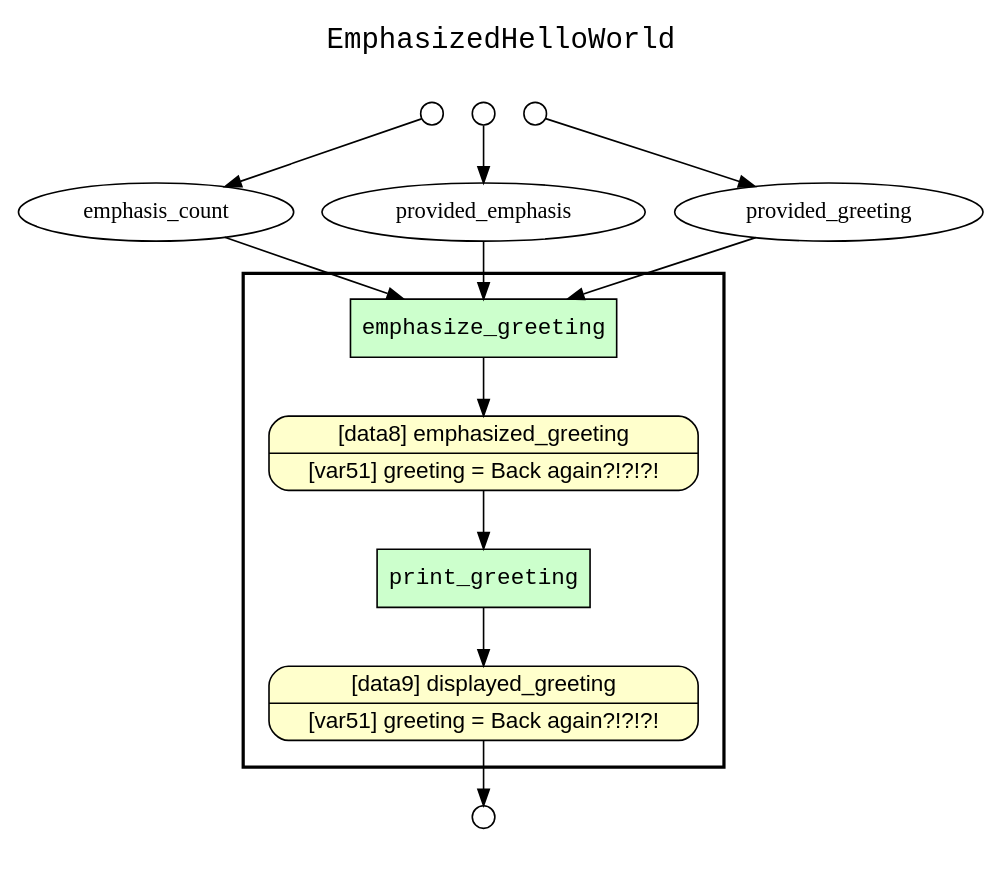
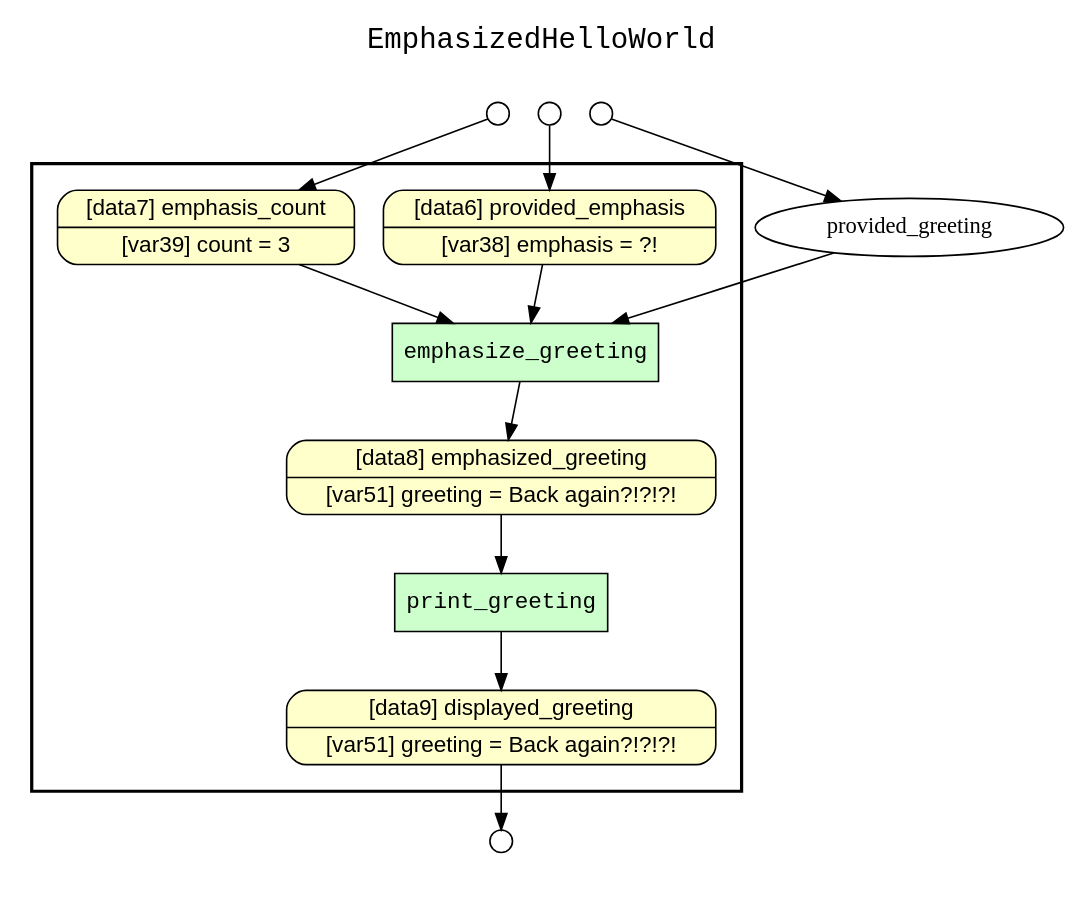
The diagram in examples/04_iterative_emphasis/yw_nw_retrospective_lineage.gv (yesworkflow-org/yw-noworkflow), drawn with Graphviz before and after one commit. The commit also changed 12 other files, not shown here.

Commit message:
Direct variable dependencies now included in lineage graph.

```diff
--- a/examples/04_iterative_emphasis/yw_nw_retrospective_lineage.gv
+++ b/examples/04_iterative_emphasis/yw_nw_retrospective_lineage.gv
@@ -1,38 +1,40 @@
 
 digraph yw_data_view {
 rankdir=TB
 fontname=Courier; fontsize=18; labelloc=t
 label="EmphasizedHelloWorld"
 subgraph cluster_workflow { label=""; color=black; penwidth=2
 subgraph cluster_workflow_inner { label=""; color=white
 node[shape=box style="filled" fillcolor="#CCFFCC" peripheries=1 fontname=Courier]
 emphasize_greeting
 print_greeting
 node[shape=box style="filled" fillcolor="#CCFFCC" peripheries=1 fontname=Courier]
 node[shape=box style="rounded,filled" fillcolor="#FFFFCC" peripheries=1 fontname=Helvetica]
+provided_emphasis [shape=record rankdir=LR label="{<f0> [data6] provided_emphasis |<f1> [var38] emphasis = ?!}"]
+emphasis_count [shape=record rankdir=LR label="{<f0> [data7] emphasis_count |<f1> [var39] count = 3}"]
 emphasized_greeting [shape=record rankdir=LR label="{<f0> [data8] emphasized_greeting |<f1> [var51] greeting = Back again?!?!?!}"]
 displayed_greeting [shape=record rankdir=LR label="{<f0> [data9] displayed_greeting |<f1> [var51] greeting = Back again?!?!?!}"]
 }}
 subgraph cluster_inflows { label=""; color=white; penwidth=2
 subgraph cluster_inflows_inner { label=""; color=white
 node[shape=circle fillcolor="#FFFFFF" peripheries=1 width=0.2]
 emphasis_count_inflow [label=""]
 provided_emphasis_inflow [label=""]
 provided_greeting_inflow [label=""]
 }}
 subgraph cluster_outflows { label=""; color=white; penwidth=2
 subgraph cluster_outflows_inner { label=""; color=white
 node[shape=circle fillcolor="#FFFFFF" peripheries=1 width=0.2]
 displayed_greeting_outflow [label=""]
 }}
 provided_greeting -> emphasize_greeting
 provided_emphasis -> emphasize_greeting
 emphasis_count -> emphasize_greeting
 emphasized_greeting -> print_greeting
 emphasize_greeting -> emphasized_greeting
 print_greeting -> displayed_greeting
 emphasis_count_inflow -> emphasis_count
 provided_emphasis_inflow -> provided_emphasis
 provided_greeting_inflow -> provided_greeting
 displayed_greeting -> displayed_greeting_outflow
 }
```
